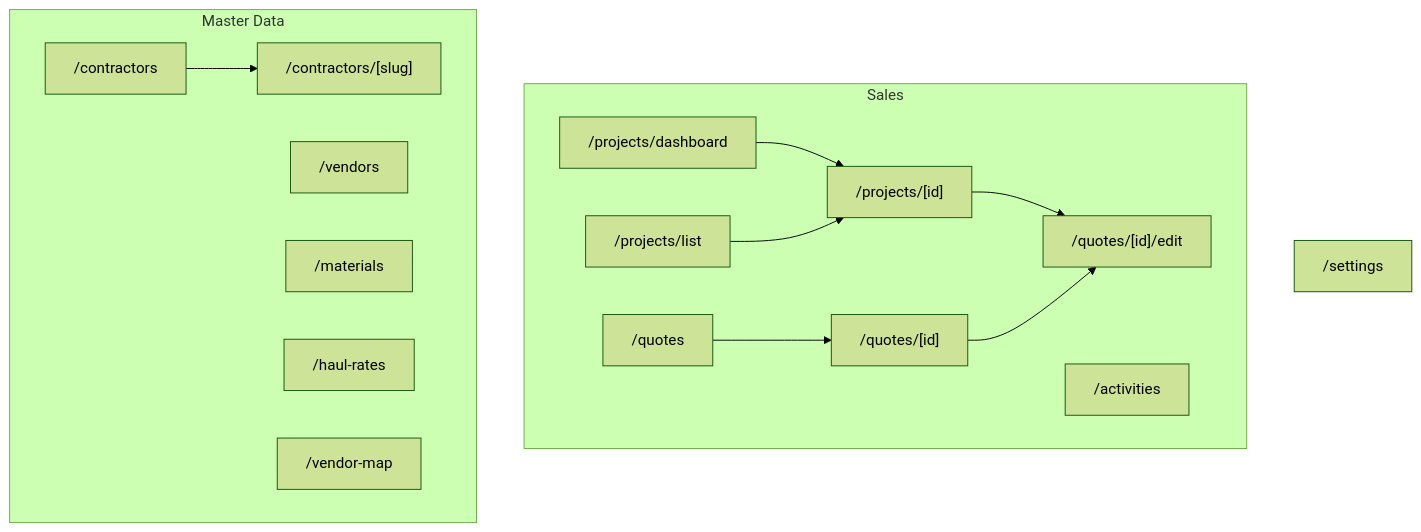
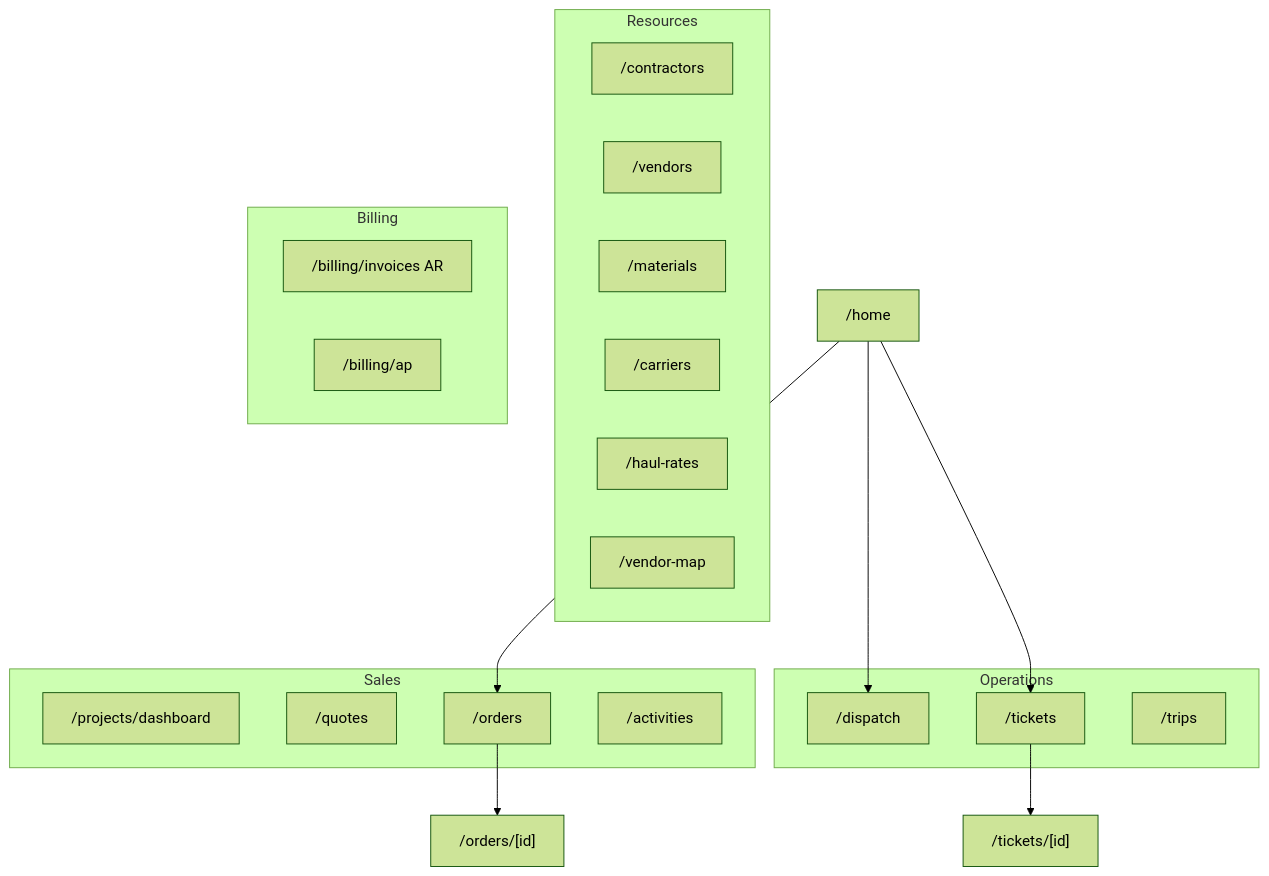
Before and after one commit to kperez-1/Petrafeux: the first of 8 diagrams in docs/PRD.md, drawn with Mermaid (forest theme). The commit also changed other lines of this file and 79 other files, not shown here.

First line of the commit message:
Add ops billing prototype with AR/AP accounting controls.

````diff
--- a/docs/PRD.md
+++ b/docs/PRD.md
@@ -44,27 +44,32 @@
 ```mermaid
 flowchart TB
+  Home["/home"]
   subgraph sales [Sales]
     ProjectsDashboard["/projects/dashboard"]
-    ProjectsList["/projects/list"]
-    ProjectDetail["/projects/[id]"]
     Quotes["/quotes"]
-    QuoteDetail["/quotes/[id]"]
-    QuoteEdit["/quotes/[id]/edit"]
+    Orders["/orders"]
     Activities["/activities"]
   end
-  subgraph master [Master Data]
+  subgraph ops [Operations]
+    Dispatch["/dispatch"]
+    Tickets["/tickets"]
+    Trips["/trips"]
+  end
+  subgraph resources [Resources]
     Contractors["/contractors"]
-    CompanyDetail["/contractors/[slug]"]
     Vendors["/vendors"]
     Materials["/materials"]
+    Carriers["/carriers"]
     HaulRates["/haul-rates"]
     VendorMap["/vendor-map"]
   end
-  Settings["/settings"]
-  ProjectsDashboard --> ProjectDetail
-  ProjectsList --> ProjectDetail
-  ProjectDetail --> QuoteEdit
-  Quotes --> QuoteDetail
-  QuoteDetail --> QuoteEdit
-  Contractors --> CompanyDetail
+  subgraph billing [Billing]
+    AR["/billing/invoices AR"]
+    AP["/billing/ap"]
+  end
+  Home --> Orders
+  Home --> Dispatch
+  Home --> Tickets
+  Orders --> OrderDetail["/orders/[id]"]
+  Tickets --> TicketDetail["/tickets/[id]"]
 ```
````
